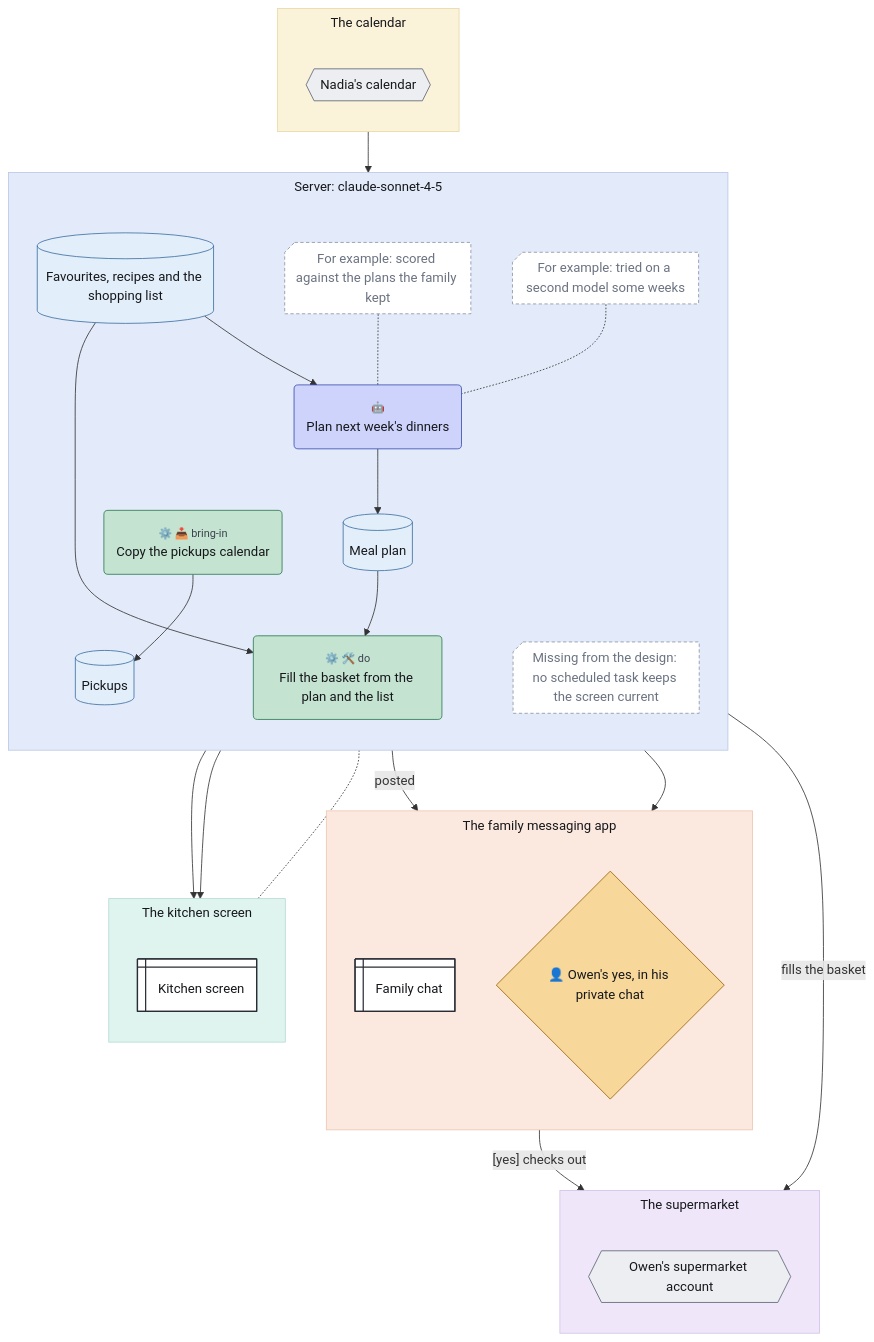
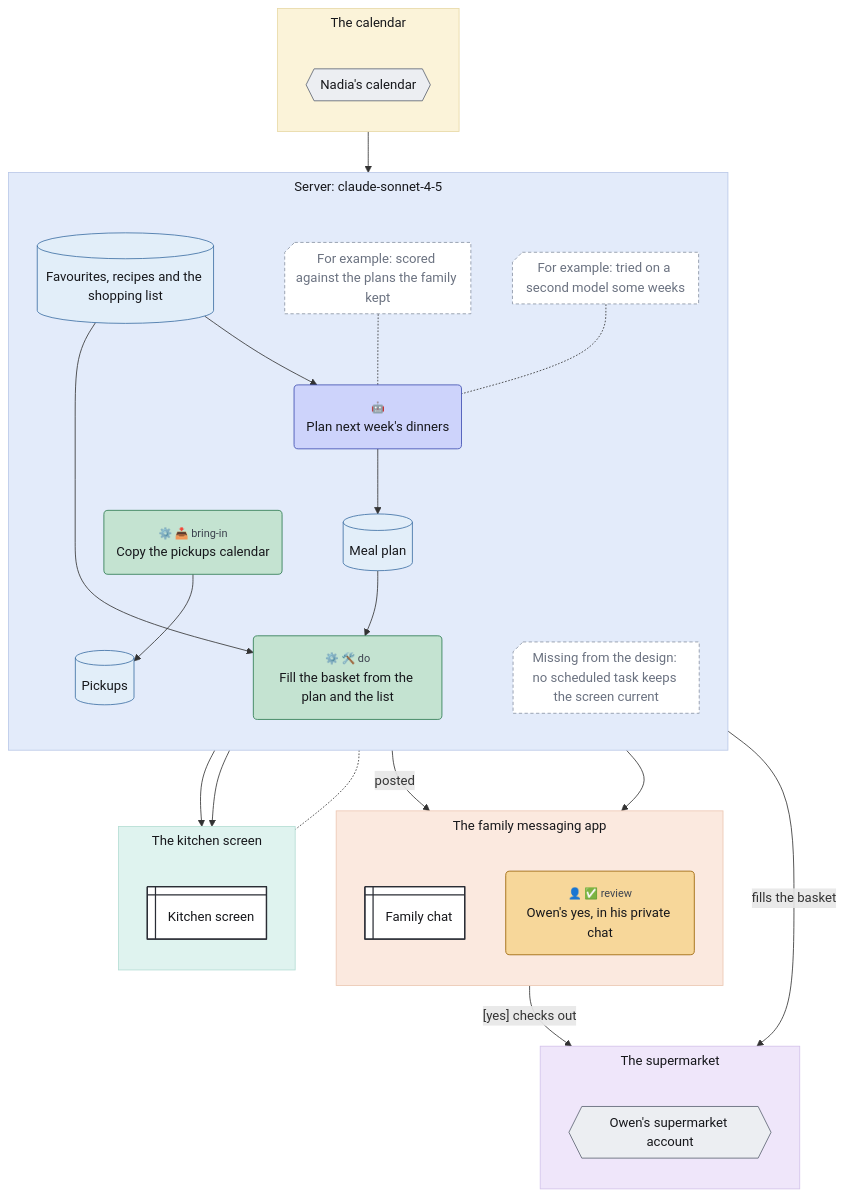
The diagram in examples/dinners-where.mmd (chrismdp/awml), drawn with Mermaid before and after one commit. The commit also changed 19 other files, not shown here.

```diff
--- a/examples/dinners-where.mmd
+++ b/examples/dinners-where.mmd
@@ -1,77 +1,77 @@
 ---
 config:
   theme: default
   flowchart:
     useMaxWidth: false
     subGraphTitleMargin:
       top: 6
       bottom: 30
 ---
 flowchart TB
   subgraph server["Server: claude-sonnet-4-5"]
     direction TB
     favourites[("Favourites, recipes and the shopping list")]
     plan("<small style='color:#3d434f'>🤖</small><br>Plan next week's dinners")
     mealplan[("Meal plan")]
     fill("<small style='color:#3d434f'>⚙️ 🛠️ do</small><br>Fill the basket from the plan and the list")
     copy("<small style='color:#3d434f'>⚙️ 📥 bring-in</small><br>Copy the pickups calendar")
     pickups[("Pickups")]
     screen_gap@{ shape: notch-rect, label: "Missing from the design: no scheduled task keeps the screen current" }
     scored@{ shape: notch-rect, label: "For example: scored against the plans the family kept" }
     tried@{ shape: notch-rect, label: "For example: tried on a second model some weeks" }
   end
   subgraph app["The family messaging app"]
     direction TB
     chat@{ shape: win-pane, label: "Family chat" }
-    approve{"👤 Owen's yes, in his private chat"}
+    approve("<small style='color:#3d434f'>👤 ✅ review</small><br>Owen's yes, in his private chat")
   end
   subgraph supermarket["The supermarket"]
     direction TB
     shop{{"Owen's supermarket account"}}
   end
   subgraph calendars["The calendar"]
     direction TB
     calendar{{"Nadia's calendar"}}
   end
   subgraph wall["The kitchen screen"]
     direction TB
     screen@{ shape: win-pane, label: "Kitchen screen" }
   end
 
   favourites --> plan
   plan --> mealplan
   mealplan -->|"posted"| chat
   mealplan --> fill
   favourites --> fill
   fill -->|"fills the basket"| shop
   fill --> approve
   approve -->|"[yes] checks out"| shop
   calendar --> copy
   copy --> pickups
   pickups --> screen
   mealplan --> screen
   screen_gap -.- screen
   scored -.- plan
   tried -.- plan
   classDef trig fill:#fbe1ee,stroke:#a33a74,color:#16171b
   classDef ctx fill:#e2eef9,stroke:#3d6fa3,color:#16171b
   classDef con fill:#eceef2,stroke:#5d6472,color:#16171b
   classDef surf fill:#ffffff,stroke:#2a2d35,stroke-width:1.5px,color:#16171b
   classDef out fill:#fde4dc,stroke:#b5532f,color:#16171b
   classDef ai fill:#cdd3fb,stroke:#3b4bb0,color:#16171b
   classDef rule fill:#c4e3d1,stroke:#2b7a4f,color:#16171b
   classDef human fill:#f7d79a,stroke:#9a6100,color:#16171b
   classDef uml fill:#16171b,stroke:#16171b,color:#16171b
   classDef gap fill:#ffffff,stroke:#8a93a3,stroke-dasharray:4 3,color:#6b7280
   class favourites,mealplan,pickups ctx
   class shop,calendar con
   class chat,screen surf
   class plan ai
   class fill,copy rule
   class approve human
   class screen_gap,scored,tried gap
   style server fill:#e3ebfa,stroke:#b9c8e8,color:#16171b
   style app fill:#fbe9df,stroke:#ecc7b2,color:#16171b
   style supermarket fill:#efe6fa,stroke:#d3c2ea,color:#16171b
   style calendars fill:#fbf3d9,stroke:#e8d9a6,color:#16171b
   style wall fill:#dff3ef,stroke:#b4ddd4,color:#16171b
```
